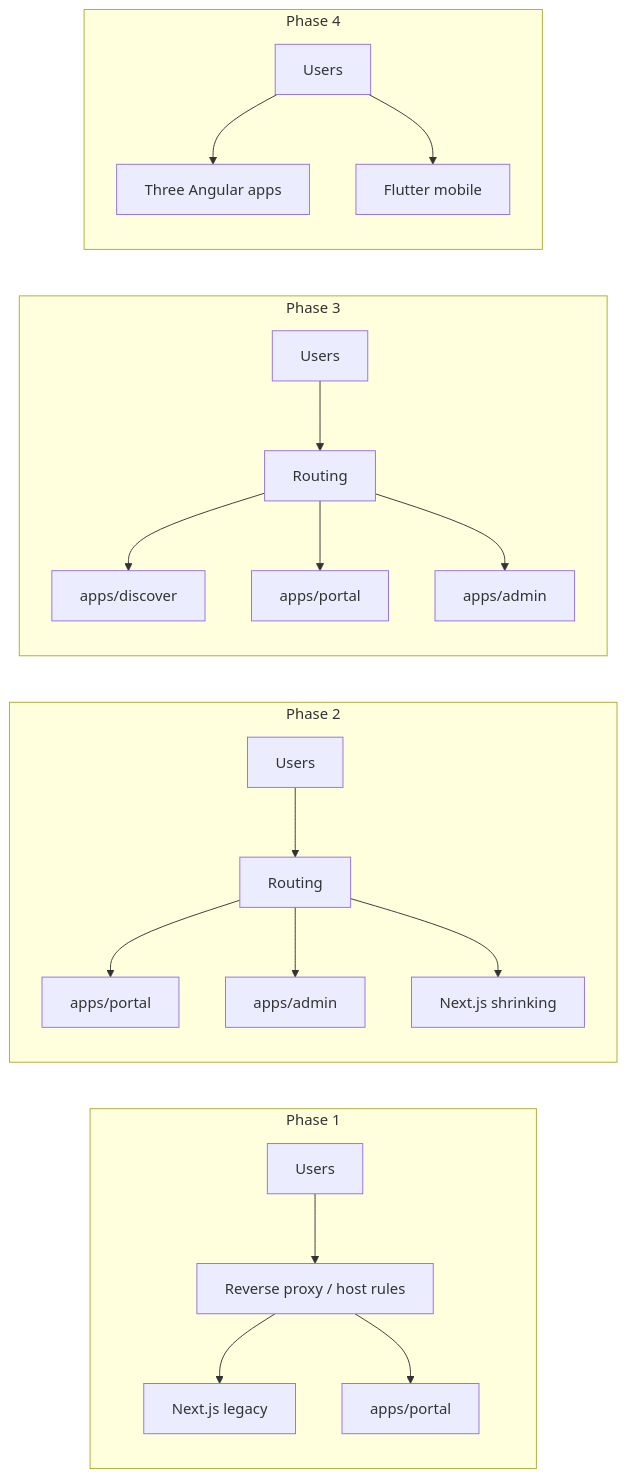
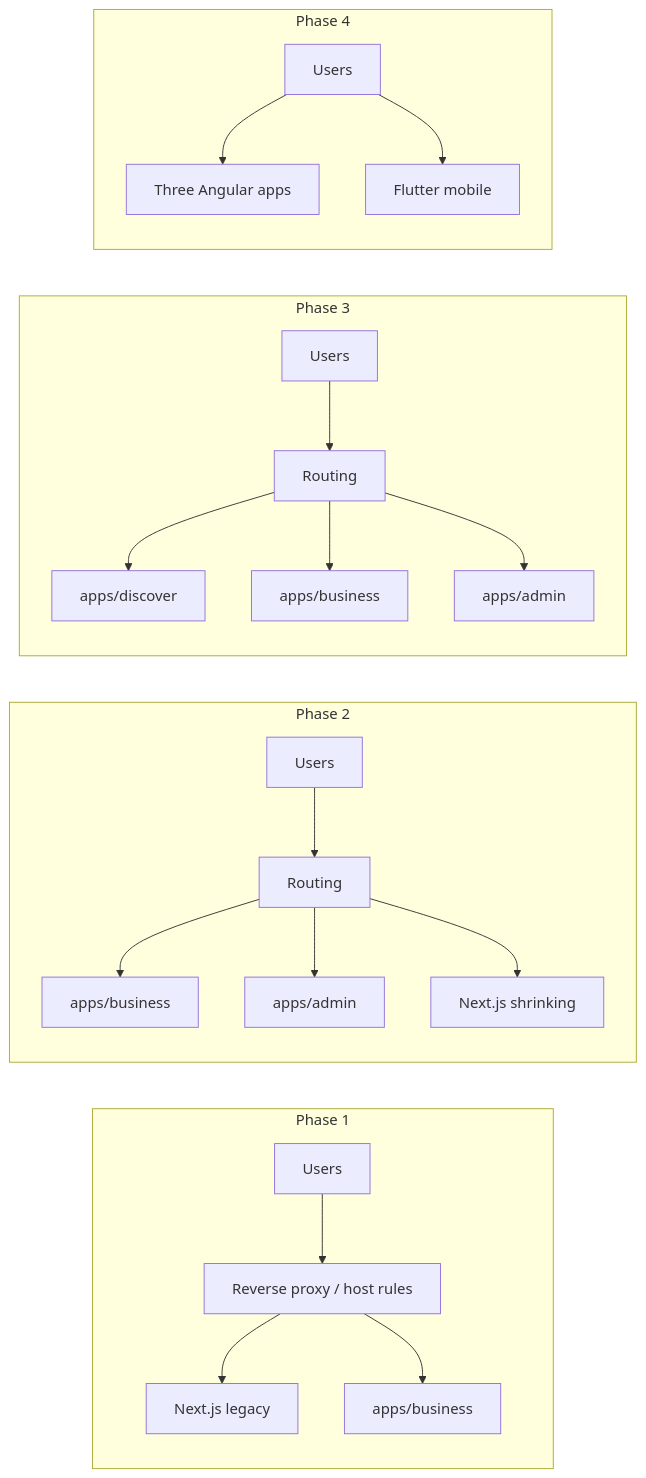
Before and after one commit to acethsol/adeni: the diagram in docs/adr/ADR-012-angular-web-deferred-flutter.md, drawn with Mermaid. The commit also changed other lines of this file and 41 other files, not shown here.

````diff
--- a/docs/adr/ADR-012-angular-web-deferred-flutter.md
+++ b/docs/adr/ADR-012-angular-web-deferred-flutter.md
@@ -51,25 +51,25 @@
 ```mermaid
 flowchart LR
   subgraph phase1 [Phase 1]
     U[Users] --> R[Reverse proxy / host rules]
     R --> N[Next.js legacy]
-    R --> P[apps/portal]
+    R --> P[apps/business]
   end
   subgraph phase2 [Phase 2]
     U2[Users] --> R2[Routing]
-    R2 --> P2[apps/portal]
+    R2 --> P2[apps/business]
     R2 --> AD[apps/admin]
     R2 --> N2[Next.js shrinking]
   end
   subgraph phase3 [Phase 3]
     U3[Users] --> R3[Routing]
     R3 --> D[apps/discover]
-    R3 --> P3[apps/portal]
+    R3 --> P3[apps/business]
     R3 --> AD2[apps/admin]
   end
   subgraph phase4 [Phase 4]
     U4[Users] --> ANG[Three Angular apps]
     FL[Flutter mobile]
     U4 --> FL
   end
 ```
````
